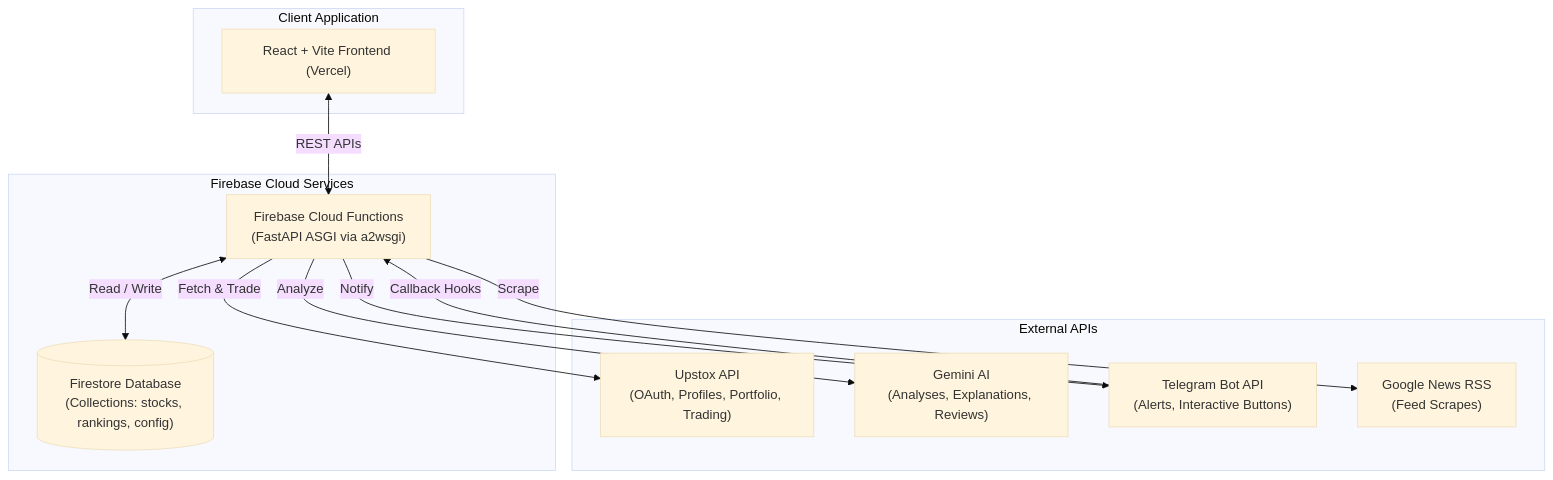
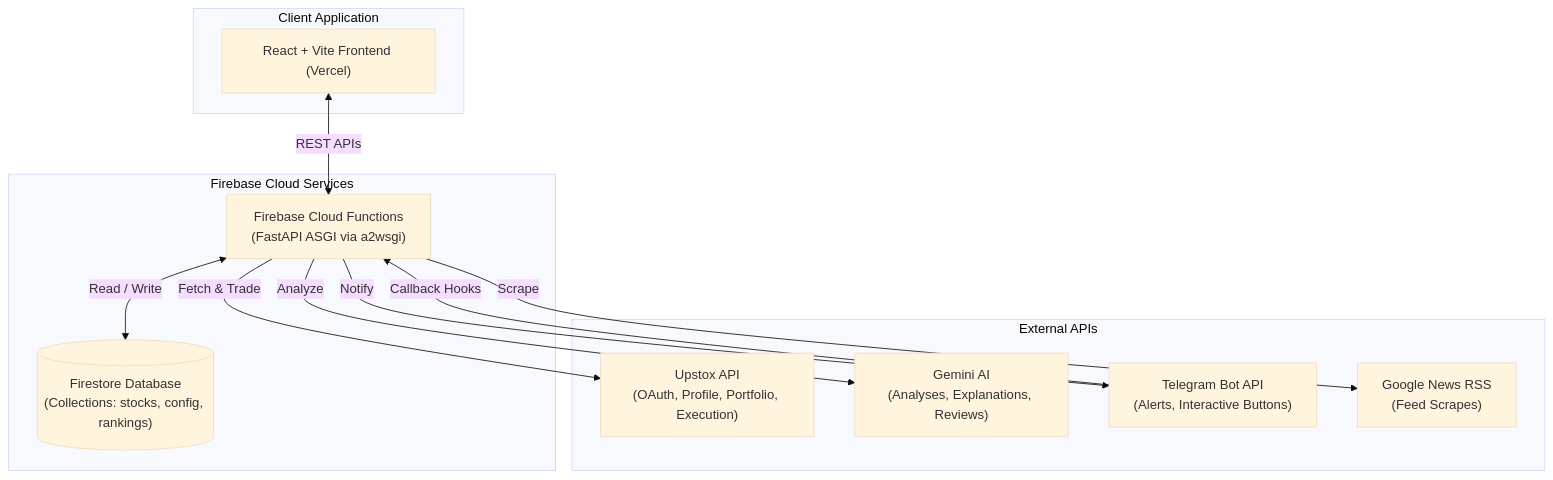
One commit to Zayannnnn/market-analyser changed the first of 11 diagrams in README.md. Above: the diagram before and after it, drawn with Mermaid (base theme). The commit also changed other lines of this file, not shown here.

````diff
--- a/README.md
+++ b/README.md
@@ -47,26 +61,26 @@
 ```mermaid
 graph TD
     subgraph Client Application
         ReactWeb["React + Vite Frontend (Vercel)"]
     end
 
     subgraph Firebase Cloud Services
-        Firestore[("Firestore Database\n(Collections: stocks, rankings, config)")]
+        Firestore[("Firestore Database\n(Collections: stocks, config, rankings)")]
         CloudFunctions["Firebase Cloud Functions\n(FastAPI ASGI via a2wsgi)"]
     end
 
     subgraph External APIs
-        Upstox["Upstox API\n(OAuth, Profiles, Portfolio, Trading)"]
+        Upstox["Upstox API\n(OAuth, Profile, Portfolio, Execution)"]
         Gemini["Gemini AI\n(Analyses, Explanations, Reviews)"]
         Telegram["Telegram Bot API\n(Alerts, Interactive Buttons)"]
         GoogleNews["Google News RSS\n(Feed Scrapes)"]
     end
 
     ReactWeb <-->|REST APIs| CloudFunctions
     CloudFunctions <-->|Read / Write| Firestore
     CloudFunctions -->|Analyze| Gemini
     CloudFunctions -->|Fetch & Trade| Upstox
     CloudFunctions -->|Notify| Telegram
     CloudFunctions -->|Scrape| GoogleNews
     Telegram -->|Callback Hooks| CloudFunctions
 ```
````
